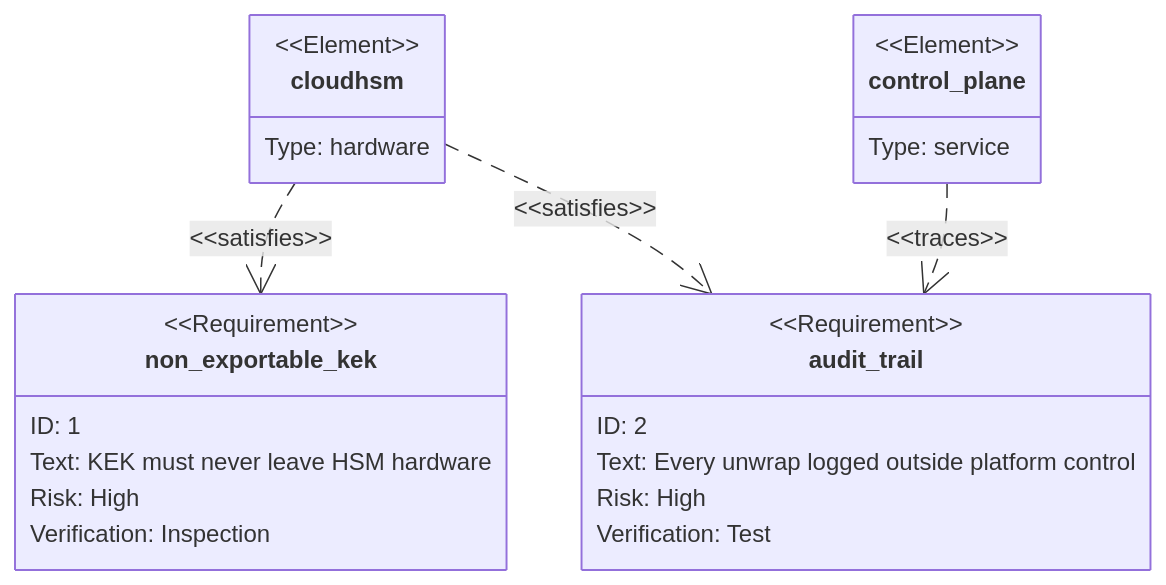
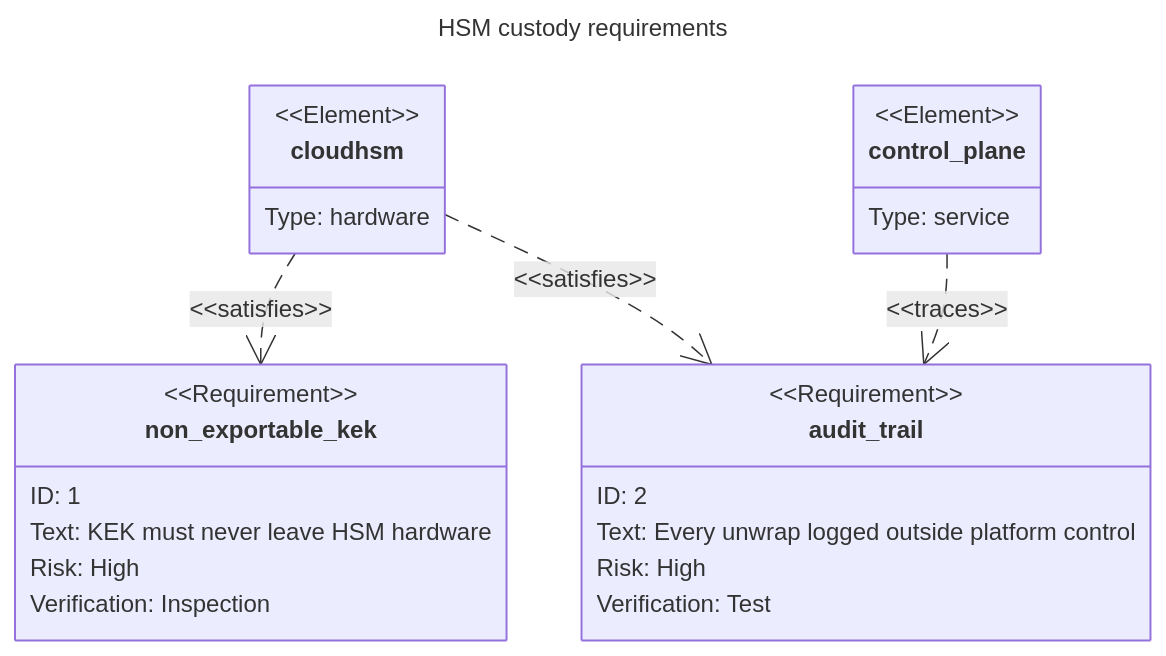
One commit to SlideWright/lattice changed the tenth of 25 diagrams in examples/mermaid-gallery.md. Above: the diagram before and after it, drawn with Mermaid. The commit also changed other lines of this file and 19 other files, not shown here.

````diff
--- a/examples/mermaid-gallery.md
+++ b/examples/mermaid-gallery.md
@@ -282,24 +297,27 @@
 ```mermaid
+---
+title: HSM custody requirements
+---
 requirementDiagram
   requirement non_exportable_kek {
     id: 1
     text: "KEK must never leave HSM hardware"
     risk: high
     verifymethod: inspection
   }
   requirement audit_trail {
     id: 2
     text: "Every unwrap logged outside platform control"
     risk: high
     verifymethod: test
   }
   element cloudhsm {
     type: hardware
   }
   element control_plane {
     type: service
   }
   cloudhsm - satisfies -> non_exportable_kek
   cloudhsm - satisfies -> audit_trail
   control_plane - traces -> audit_trail
 ```
````
